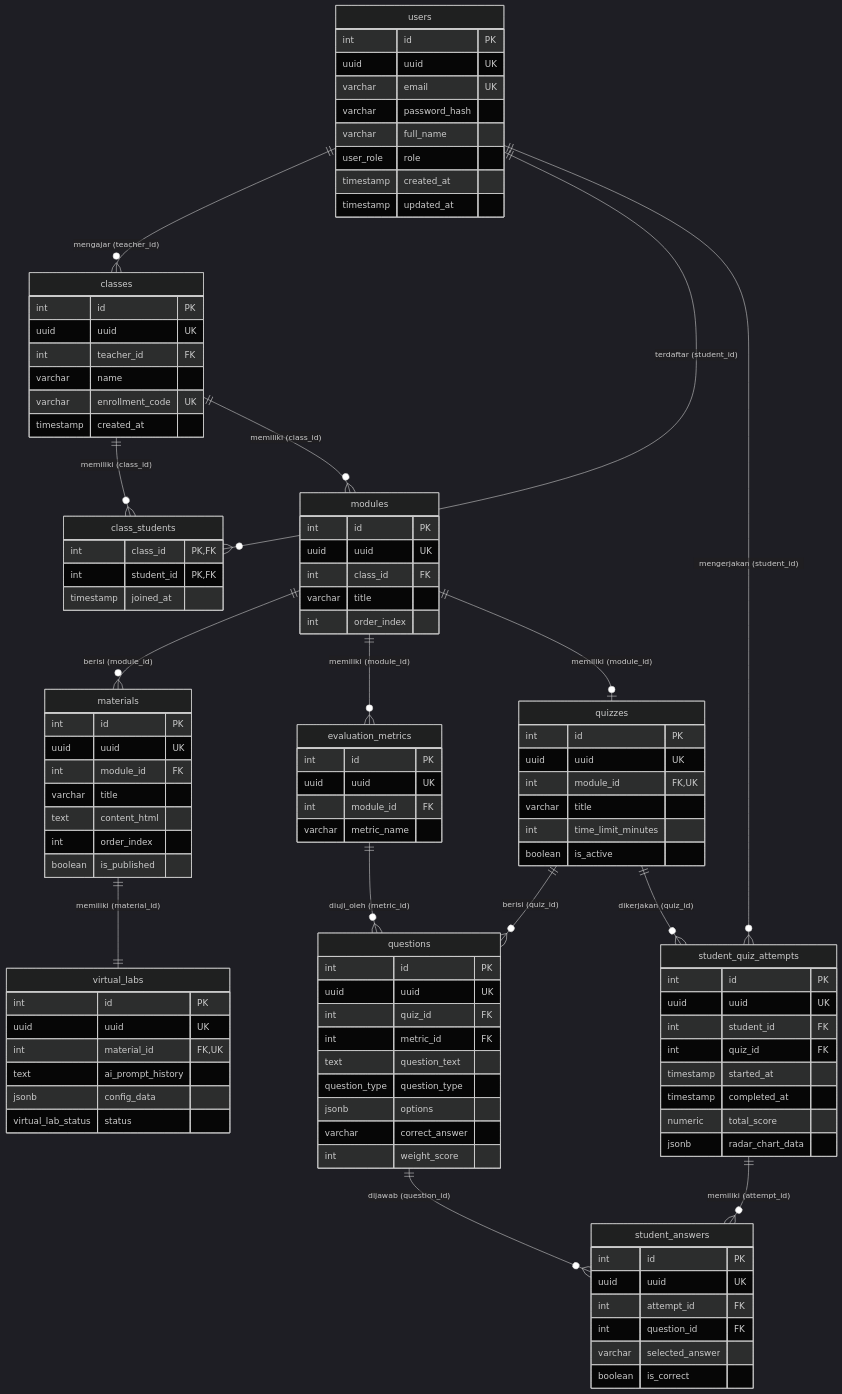
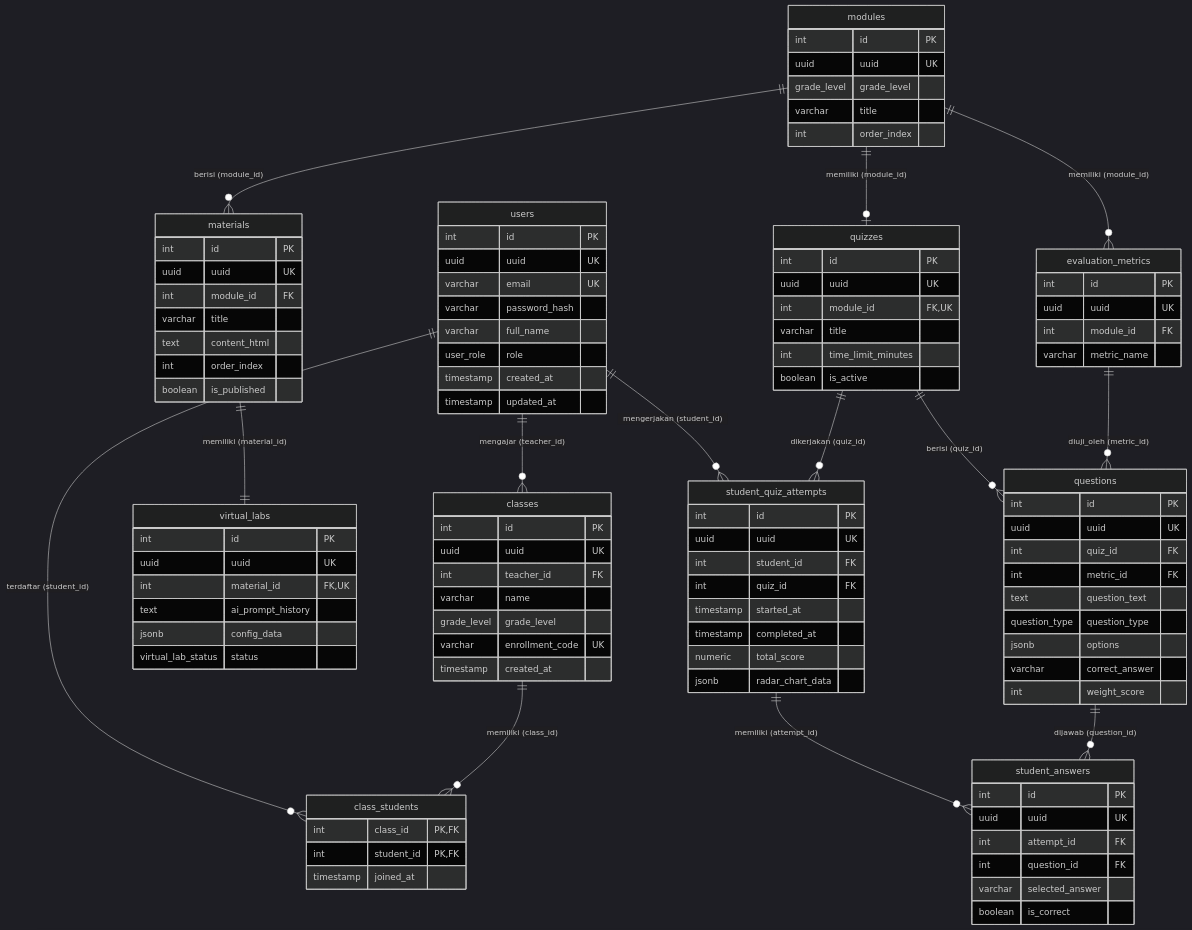
One commit to handole/chemistfun changed the diagram in docs/database_schema.md. Above: the diagram before and after it, drawn with Mermaid (dark theme). The commit also changed other lines of this file and 31 other files, not shown here.

```diff
--- a/docs/database_schema.md
+++ b/docs/database_schema.md
@@ -15,7 +15,6 @@
     users ||--o{ classes : "mengajar (teacher_id)"
     users ||--o{ class_students : "terdaftar (student_id)"
     classes ||--o{ class_students : "memiliki (class_id)"
-    classes ||--o{ modules : "memiliki (class_id)"
     modules ||--o{ materials : "berisi (module_id)"
     materials ||--|| virtual_labs : "memiliki (material_id)"
     modules ||--o{ evaluation_metrics : "memiliki (module_id)"
@@ -43,6 +42,7 @@
         uuid uuid UK
         int teacher_id FK
         varchar name
+        grade_level grade_level
         varchar enrollment_code UK
         timestamp created_at
     }
@@ -56,7 +56,7 @@
     modules {
         int id PK
         uuid uuid UK
-        int class_id FK
+        grade_level grade_level
         varchar title
         int order_index
     }
```
